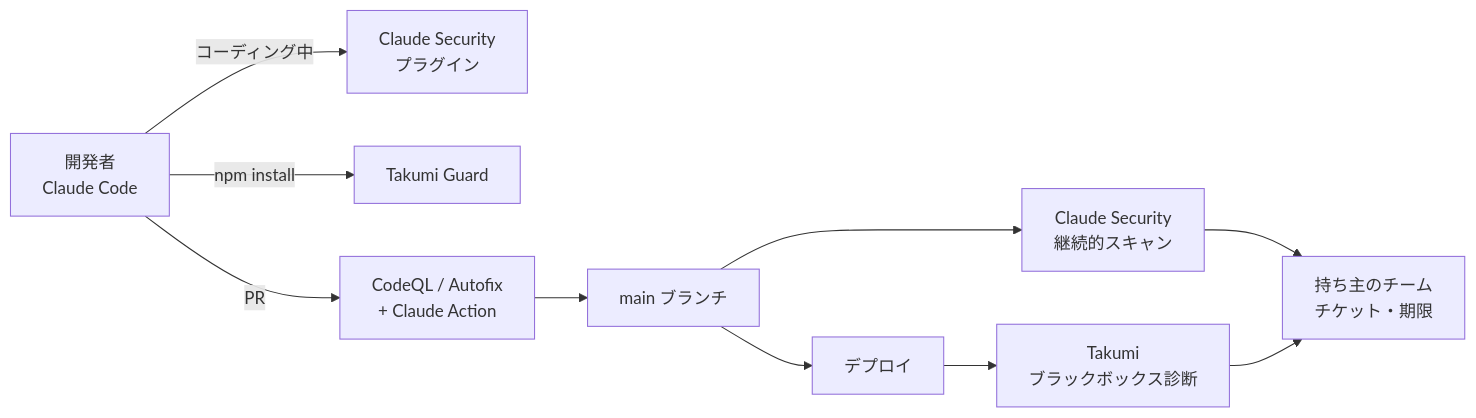
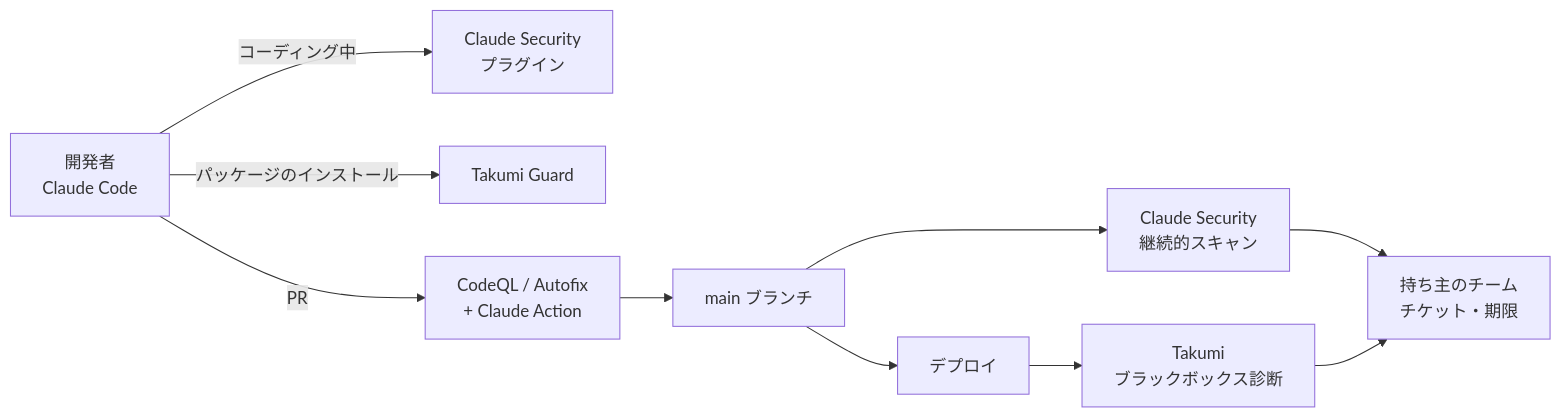
The diagram in books/security-roadmap-ja/10-ai-appsec.md (rkawajiri/zenn-content), drawn with Mermaid before and after one commit. The commit also changed other lines of this file and 6 other files, not shown here.

First line of the commit message:
verify products and overseas cases: GitHub, Security Hub/GuardDuty, Wiz agents, Takumi Guard, Claude Security, npm, Black October, active cyber defense, IPA log review guidance

````diff
--- a/books/security-roadmap-ja/10-ai-appsec.md
+++ b/books/security-roadmap-ja/10-ai-appsec.md
@@ -80,12 +82,12 @@
 ```mermaid
 flowchart LR
   Dev[開発者<br>Claude Code] -->|コーディング中| Plugin[Claude Security<br>プラグイン]
-  Dev -->|npm install| Guard[Takumi Guard]
+  Dev -->|パッケージのインストール| Guard[Takumi Guard]
   Dev -->|PR| GH[CodeQL / Autofix<br>+ Claude Action]
   GH --> Main[main ブランチ]
   Main --> CS[Claude Security<br>継続的スキャン]
   Main --> Deploy[デプロイ]
   Deploy --> TK[Takumi<br>ブラックボックス診断]
   CS --> Ticket[持ち主のチーム<br>チケット・期限]
   TK --> Ticket
 ```
````
